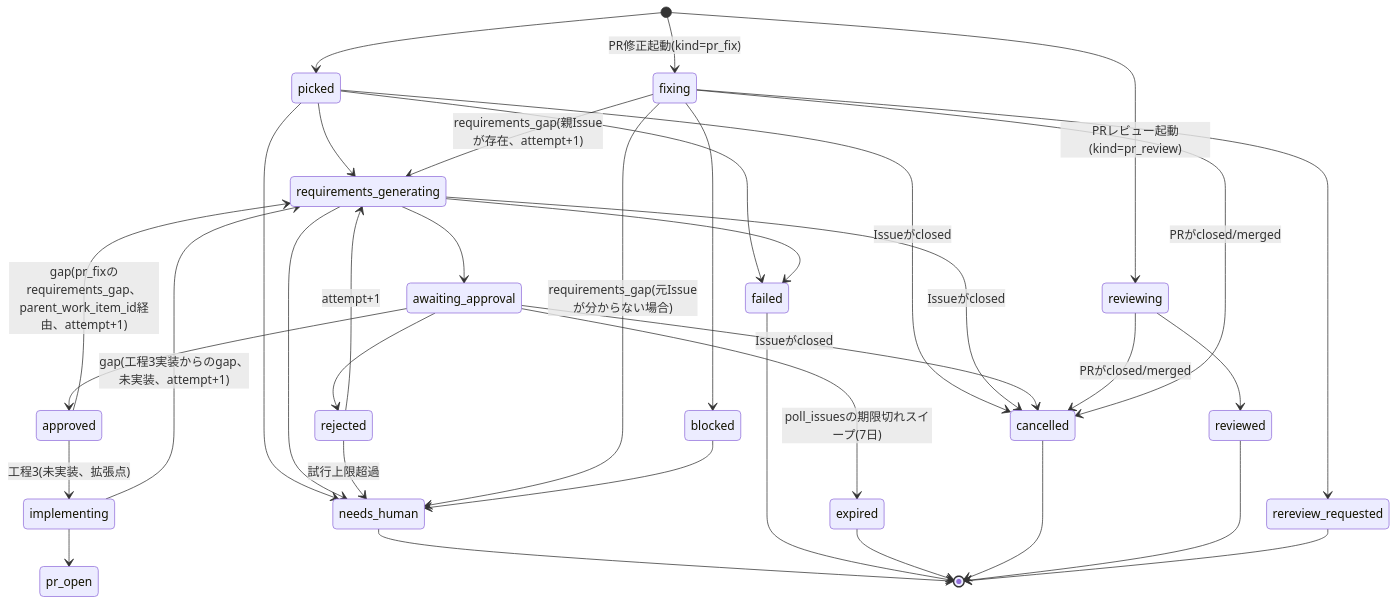
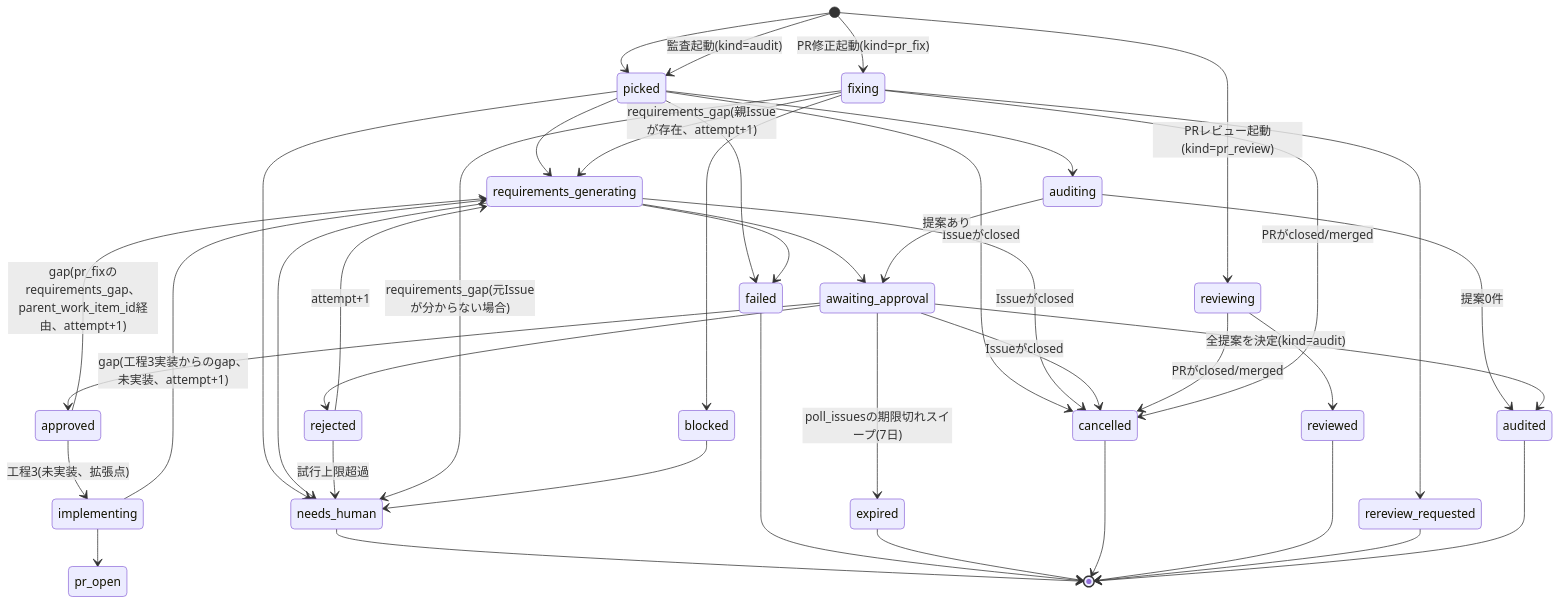
The second of 2 diagrams in docs/architecture.md (u-stem/atelier-works), drawn with Mermaid before and after one commit. The commit also changed other lines of this file and 8 other files, not shown here.

Commit message:
chore: 監査データモデルのメタデータを生成しarchitectureを追従する

````diff
--- a/docs/architecture.md
+++ b/docs/architecture.md
@@ -50,38 +50,44 @@
 ```mermaid
 stateDiagram-v2
     [*] --> picked
     picked --> requirements_generating
     requirements_generating --> awaiting_approval
     awaiting_approval --> approved
     awaiting_approval --> rejected
     rejected --> requirements_generating: attempt+1
     awaiting_approval --> expired: poll_issuesの期限切れスイープ(7日)
     picked --> needs_human
     requirements_generating --> needs_human
     rejected --> needs_human: 試行上限超過
     picked --> failed
     requirements_generating --> failed
     picked --> cancelled: Issueがclosed
     requirements_generating --> cancelled: Issueがclosed
     awaiting_approval --> cancelled: Issueがclosed
     approved --> implementing: 工程3(未実装、拡張点)
     implementing --> requirements_generating: gap(工程3実装からのgap、未実装、attempt+1)
     implementing --> pr_open
     approved --> requirements_generating: gap(pr_fixのrequirements_gap、parent_work_item_id経由、attempt+1)
     [*] --> reviewing: PRレビュー起動(kind=pr_review)
     reviewing --> reviewed
     reviewing --> cancelled: PRがclosed/merged
     [*] --> fixing: PR修正起動(kind=pr_fix)
     fixing --> rereview_requested
     fixing --> blocked
     fixing --> requirements_generating: requirements_gap(親Issueが存在、attempt+1)
     fixing --> needs_human: requirements_gap(元Issueが分からない場合)
     fixing --> cancelled: PRがclosed/merged
     blocked --> needs_human
     needs_human --> [*]
     failed --> [*]
     expired --> [*]
     cancelled --> [*]
     reviewed --> [*]
     rereview_requested --> [*]
+    [*] --> picked: 監査起動(kind=audit)
+    picked --> auditing
+    auditing --> awaiting_approval: 提案あり
+    auditing --> audited: 提案0件
+    awaiting_approval --> audited: 全提案を決定(kind=audit)
+    audited --> [*]
 ```
````
